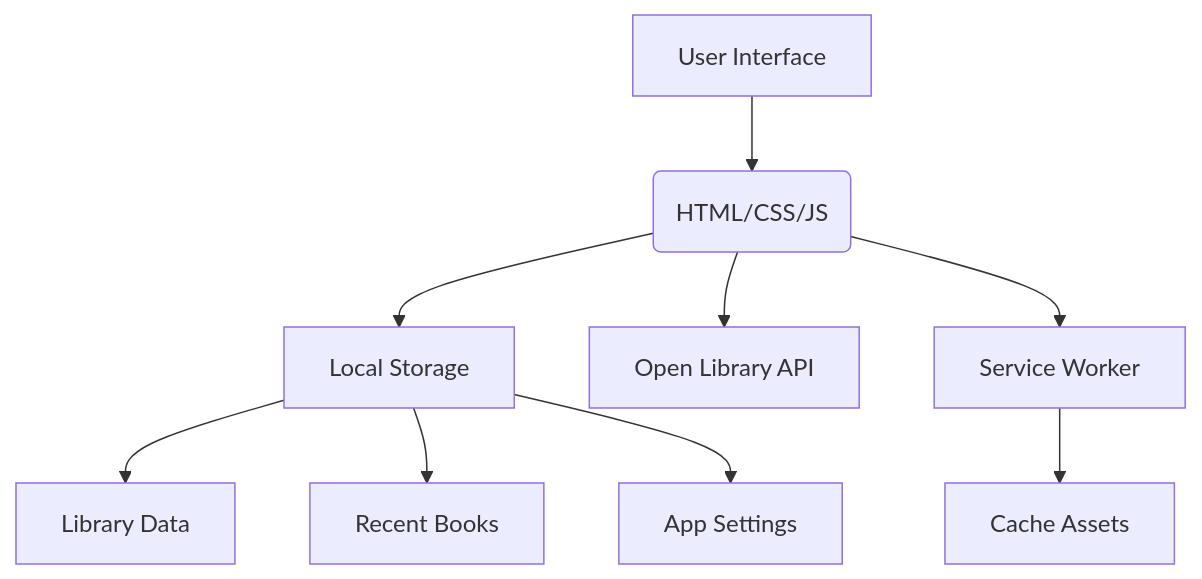
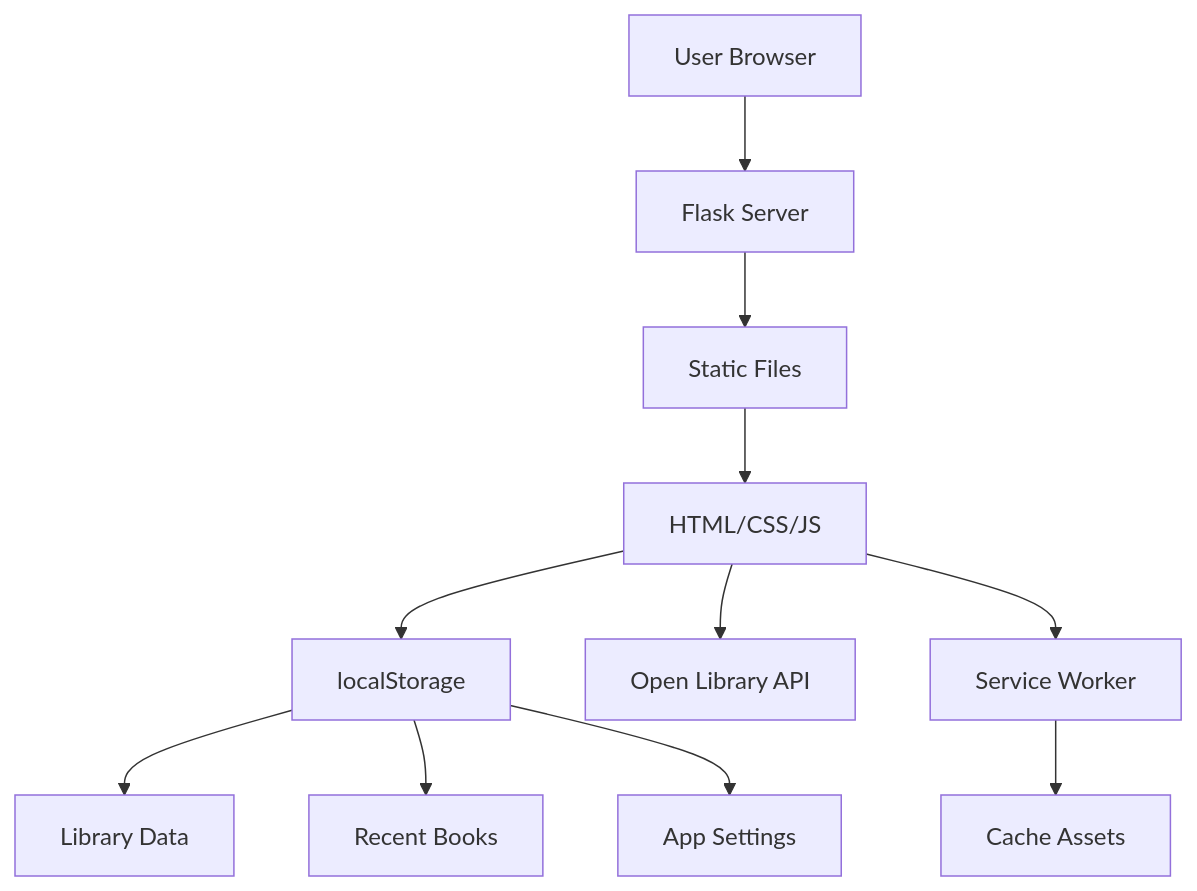
Before and after one commit to Tomix-pyt/Project-BookNest: the diagram in README.md, drawn with Mermaid. The commit also changed other lines of this file, not shown here.

````diff
--- a/README.md
+++ b/README.md
@@ -84,13 +78,15 @@
 ```mermaid
 graph TD
-    A[User Interface] --> B(HTML/CSS/JS);
-    B --> C[Local Storage];
-    B --> D[Open Library API];
-    B --> E[Service Worker];
+    A[User Browser] --> B[Flask Server]
+    B --> C[Static Files]
+    C --> D[HTML/CSS/JS]
+    D --> E[localStorage]
+    D --> F[Open Library API]
+    D --> G[Service Worker]
 
-    C --> F[Library Data];
-    C --> G[Recent Books];
-    C --> H[App Settings];
+    E --> H[Library Data]
+    E --> I[Recent Books]
+    E --> J[App Settings]
 
-    E --> I[Cache Assets];
-```
+    G --> K[Cache Assets]
+  ```
````
